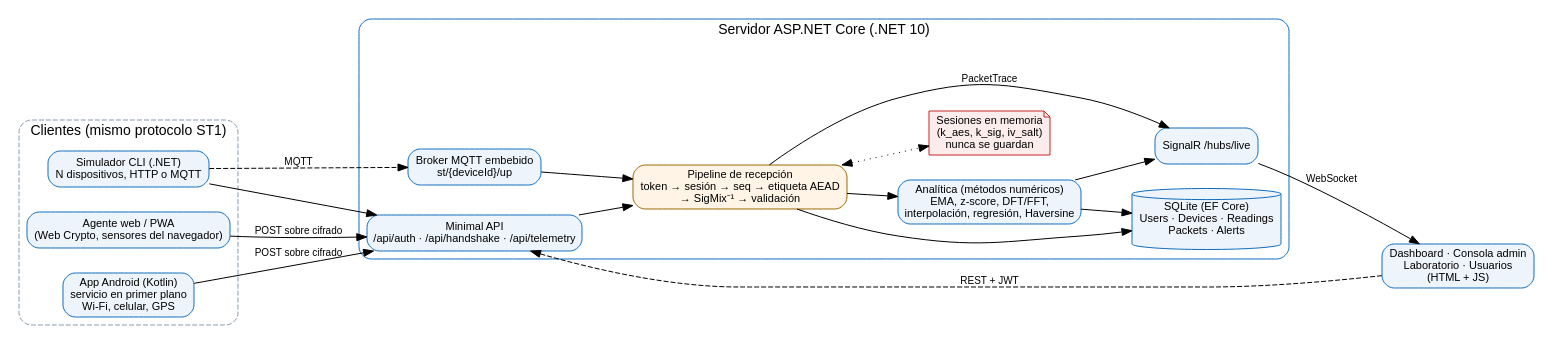
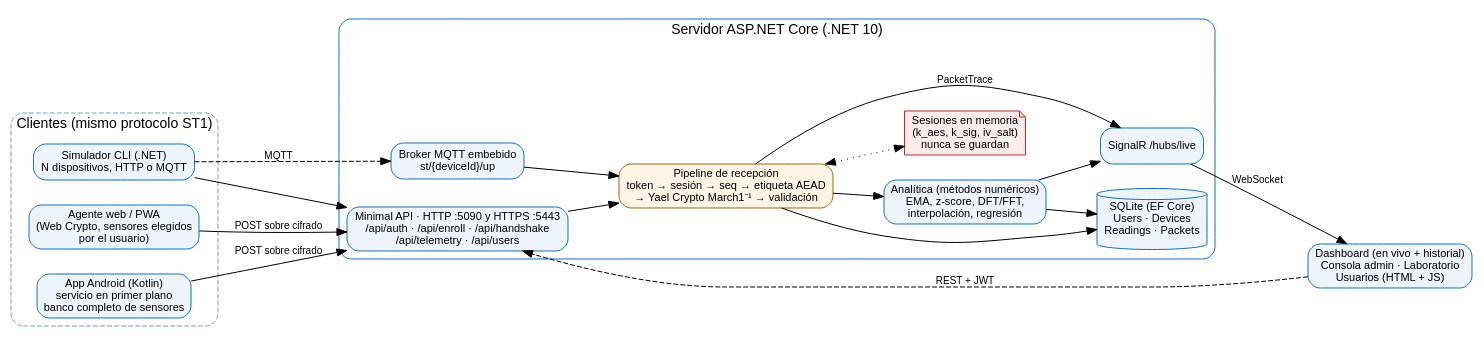
Before and after one commit to yaelrdf/Virologia_Criptografia_UPIICSA: the diagram in Examen_SignalTrace/docs/diagramas/01_arquitectura.dot, drawn with Graphviz. The commit also changed 76 other files, not shown here.

Commit message:
SignalTrace docs: capítulos, diagramas y capturas para el banco de sensores, YCM1, usuarios y QR; historial con z-scores y carga ordenada

```diff
--- a/Examen_SignalTrace/docs/diagramas/01_arquitectura.dot
+++ b/Examen_SignalTrace/docs/diagramas/01_arquitectura.dot
@@ -1,22 +1,22 @@
 digraph G { fontname="Arial"; node [fontname="Arial", fontsize=11]; edge [fontname="Arial", fontsize=10];
   rankdir=LR; compound=true; bgcolor="white"; nodesep=0.35; ranksep=0.7;
   node [shape=box, style="rounded,filled", fillcolor="#EEF4FB", color="#0F6CBD"];
   subgraph cluster_clients { label="Clientes (mismo protocolo ST1)"; style="rounded,dashed"; color="#8899AA";
-    web [label="Agente web / PWA\n(Web Crypto, sensores del navegador)"];
-    android [label="App Android (Kotlin)\nservicio en primer plano\nWi-Fi, celular, GPS"];
+    web [label="Agente web / PWA\n(Web Crypto, sensores elegidos\npor el usuario)"];
+    android [label="App Android (Kotlin)\nservicio en primer plano\nbanco completo de sensores"];
     sim [label="Simulador CLI (.NET)\nN dispositivos, HTTP o MQTT"];
   }
   subgraph cluster_server { label="Servidor ASP.NET Core (.NET 10)"; style="rounded"; color="#0F6CBD";
-    api [label="Minimal API\n/api/auth · /api/handshake · /api/telemetry"];
+    api [label="Minimal API · HTTP :5090 y HTTPS :5443\n/api/auth · /api/enroll · /api/handshake\n/api/telemetry · /api/users"];
     mqtt [label="Broker MQTT embebido\nst/{deviceId}/up"];
-    pipe [label="Pipeline de recepción\ntoken → sesión → seq → etiqueta AEAD\n→ SigMix⁻¹ → validación", fillcolor="#FFF4E5", color="#9A6700"];
-    an [label="Analítica (métodos numéricos)\nEMA, z-score, DFT/FFT,\ninterpolación, regresión, Haversine"];
+    pipe [label="Pipeline de recepción\ntoken → sesión → seq → etiqueta AEAD\n→ Yael Crypto March1⁻¹ → validación", fillcolor="#FFF4E5", color="#9A6700"];
+    an [label="Analítica (métodos numéricos)\nEMA, z-score, DFT/FFT,\ninterpolación, regresión"];
     hub [label="SignalR /hubs/live"];
-    db [label="SQLite (EF Core)\nUsers · Devices · Readings\nPackets · Alerts", shape=cylinder];
+    db [label="SQLite (EF Core)\nUsers · Devices\nReadings · Packets", shape=cylinder];
     keys [label="Sesiones en memoria\n(k_aes, k_sig, iv_salt)\nnunca se guardan", shape=note, fillcolor="#FDECEC", color="#C62828"];
   }
-  ui [label="Dashboard · Consola admin\nLaboratorio · Usuarios\n(HTML + JS)"];
+  ui [label="Dashboard (en vivo + historial)\nConsola admin · Laboratorio\nUsuarios (HTML + JS)"];
   web -> api [label="POST sobre cifrado"]; android -> api [label="POST sobre cifrado"]; sim -> api; sim -> mqtt [style=dashed, label="MQTT"];
   api -> pipe; mqtt -> pipe; pipe -> keys [dir=both, style=dotted];
   pipe -> db; pipe -> an; an -> db; an -> hub; pipe -> hub [label="PacketTrace"]; hub -> ui [label="WebSocket"]; ui -> api [label="REST + JWT", style=dashed];
 }
```
